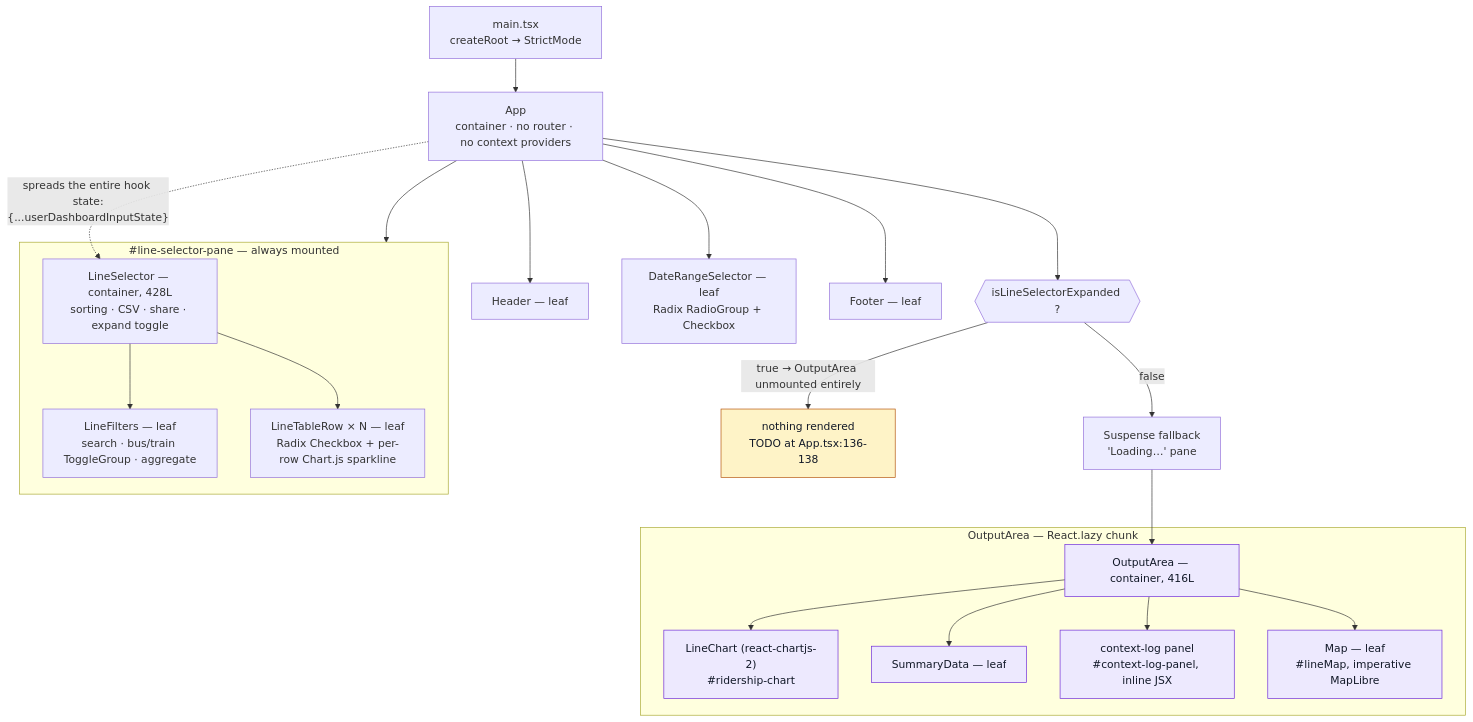
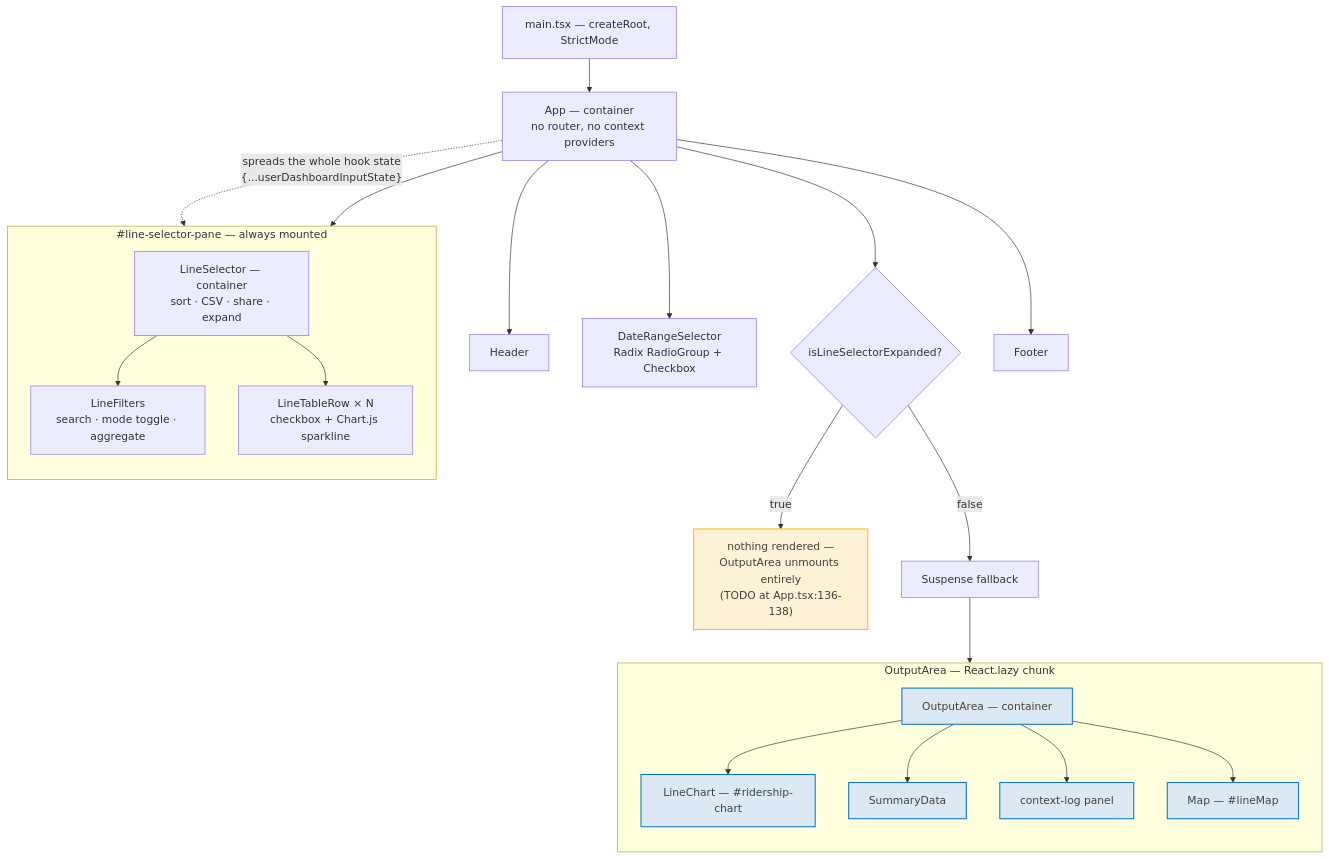
The seventh of 21 diagrams in docs/architecture/diagrams.md (streetsforall/metro_ridership_app), drawn with Mermaid before and after one commit. The commit also changed other lines of this file and 38 other files, not shown here.

First line of the commit message:
docs: redraw the diagrams in the app's palette, and unstick CLAUDE.md

````diff
--- a/docs/architecture/diagrams.md
+++ b/docs/architecture/diagrams.md
@@ -403,49 +449,51 @@
 ```mermaid
 flowchart TB
-  main["main.tsx<br/>createRoot → StrictMode"]
-  app["App<br/>container · no router · no context providers"]
-
-  header["Header — leaf"]
-  drs["DateRangeSelector — leaf<br/>Radix RadioGroup + Checkbox"]
-  footer["Footer — leaf"]
+  main["main.tsx — createRoot, StrictMode"]
+  app["App — container<br/>no router, no context providers"]
+  header["Header"]
+  drs["DateRangeSelector<br/>Radix RadioGroup + Checkbox"]
 
   subgraph leftPane["#line-selector-pane — always mounted"]
-    ls["LineSelector — container, 428L<br/>sorting · CSV · share · expand toggle"]
-    lf["LineFilters — leaf<br/>search · bus/train ToggleGroup · aggregate"]
-    ltr["LineTableRow × N — leaf<br/>Radix Checkbox + per-row Chart.js sparkline"]
+    direction TB
+    ls["LineSelector — container<br/>sort · CSV · share · expand"]
+    lf["LineFilters<br/>search · mode toggle · aggregate"]
+    ltr["LineTableRow × N<br/>checkbox + Chart.js sparkline"]
+    ls --> lf
+    ls --> ltr
   end
 
-  suspense{{"isLineSelectorExpanded ?"}}
-  susp["Suspense fallback<br/>'Loading…' pane"]
+  gate{"isLineSelectorExpanded?"}
+  unmounted["nothing rendered —<br/>OutputArea unmounts entirely<br/>(TODO at App.tsx:136-138)"]
+  susp["Suspense fallback"]
 
   subgraph rightPane["OutputArea — React.lazy chunk"]
-    oa["OutputArea — container, 416L"]
-    chart["LineChart (react-chartjs-2)<br/>#ridership-chart"]
-    summary["SummaryData — leaf"]
-    ctxlog["context-log panel<br/>#context-log-panel, inline JSX"]
-    map["Map — leaf<br/>#lineMap, imperative MapLibre"]
+    direction TB
+    oa["OutputArea — container"]
+    chart["LineChart — #ridership-chart"]
+    summary["SummaryData"]
+    ctxlog["context-log panel"]
+    mapCmp["Map — #lineMap"]
+    oa --> chart
+    oa --> summary
+    oa --> ctxlog
+    oa --> mapCmp
   end
+
+  footer["Footer"]
 
   main --> app
   app --> header
   app --> drs
   app --> leftPane
-  app --> suspense
-  suspense -- "true → OutputArea unmounted entirely" --> none["nothing rendered<br/>TODO at App.tsx:136-138"]
-  suspense -- "false" --> susp --> oa
+  app --> gate
+  gate -- "true" --> unmounted
+  gate -- "false" --> susp --> oa
   app --> footer
 
-  ls --> lf
-  ls --> ltr
-  oa --> chart
-  oa --> summary
-  oa --> ctxlog
-  oa --> map
+  app -. "spreads the whole hook state<br/>{...userDashboardInputState}" .-> ls
 
-  app -. "spreads the entire hook state:<br/>{...userDashboardInputState}" .-> ls
-
-  classDef lazy fill:#ede9fe,stroke:#6d28d9,color:#111827
-  classDef warn fill:#fef3c7,stroke:#b45309,color:#111827
-  class oa,chart,summary,ctxlog,map lazy
-  class none warn
+  classDef structural fill:#dce9f4,stroke:#0072bc,stroke-width:1.5px,color:#44403c
+  classDef pending fill:#fdf2d6,stroke:#fdb913,stroke-width:1.5px,color:#44403c
+  class oa,chart,summary,ctxlog,mapCmp structural
+  class unmounted pending
 ```
````
